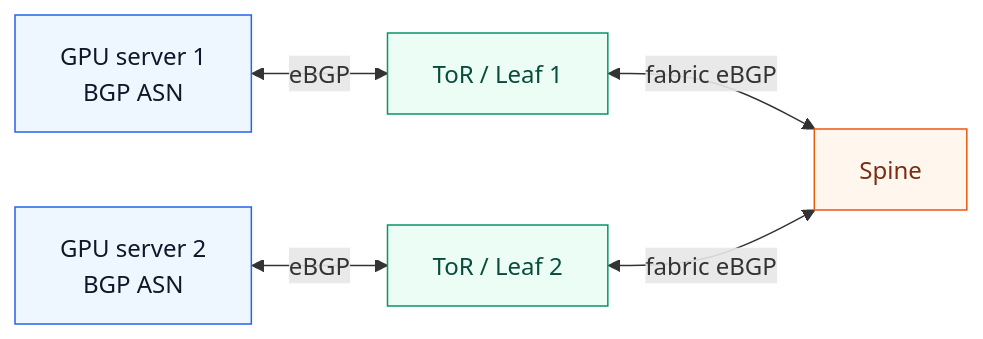
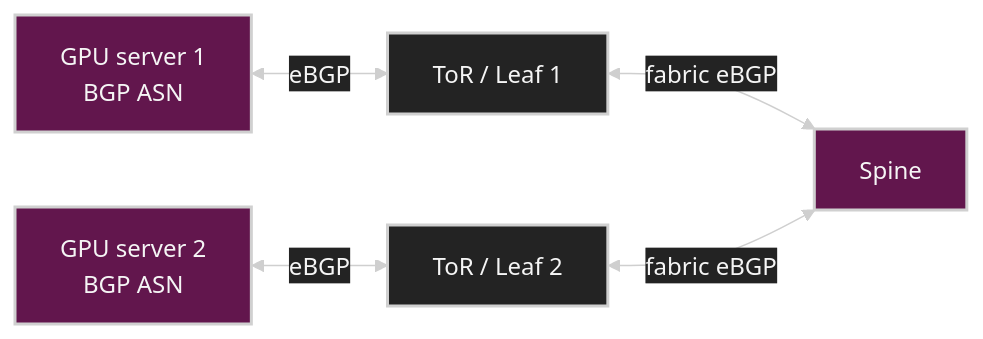
Before and after one commit to ziwon/ai-data-center-network: the eighth of 11 diagrams in ai-data-center-network/chap08/README.md, drawn with Mermaid. The commit also changed other lines of this file and 35 other files, not shown here.

Commit message:
docs(mermaid): apply dark diagram style

````diff
--- a/ai-data-center-network/chap08/README.md
+++ b/ai-data-center-network/chap08/README.md
@@ -641,17 +648,18 @@
 ```mermaid
+%%{init: {"theme": "base", "themeVariables": {"background": "#171717", "primaryColor": "#232323", "primaryTextColor": "#f5f5f5", "primaryBorderColor": "#d0d0d0", "lineColor": "#cfcfcf", "fontFamily": "Inter, Arial, sans-serif"}}}%%
 flowchart LR
-    classDef server fill:#eef6ff,stroke:#2563eb,color:#0f172a
-    classDef leaf fill:#ecfdf5,stroke:#059669,color:#064e3b
-    classDef spine fill:#fff7ed,stroke:#ea580c,color:#7c2d12
+    classDef server fill:#62164d,stroke:#d0d0d0,color:#f5f5f5,stroke-width:2px;
+    classDef leaf fill:#232323,stroke:#d0d0d0,color:#f5f5f5,stroke-width:2px;
+    classDef spine fill:#62164d,stroke:#d0d0d0,color:#f5f5f5,stroke-width:2px;
 
     S1[GPU server 1<br/>BGP ASN]:::server
     S2[GPU server 2<br/>BGP ASN]:::server
     L1[ToR / Leaf 1]:::leaf
     L2[ToR / Leaf 2]:::leaf
     SP[Spine]:::spine
 
     S1 <-->|eBGP| L1
     S2 <-->|eBGP| L2
     L1 <-->|fabric eBGP| SP
     L2 <-->|fabric eBGP| SP
 ```
````
